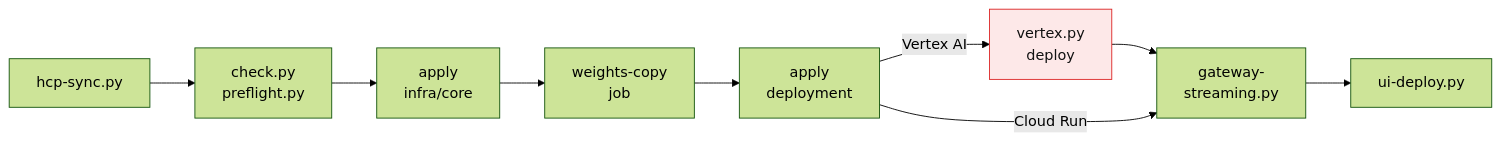
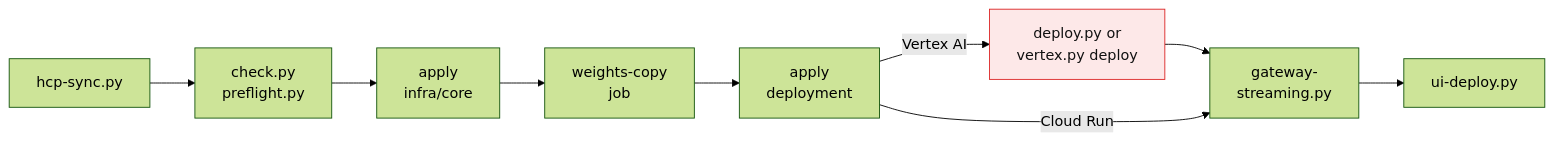
The diagram in docs/scripts.md (koval-yurko/custom-models-inference), drawn with Mermaid (forest theme) before and after one commit. The commit also changed other lines of this file and 62 other files, not shown here.

````diff
--- a/docs/scripts.md
+++ b/docs/scripts.md
@@ -20,10 +21,10 @@
 ```mermaid
 flowchart LR
     S1["hcp-sync.py"] --> S2["check.py<br/>preflight.py"] --> S3["apply<br/>infra/core"] --> W["weights-copy<br/>job"] --> A["apply<br/>deployment"]
-    A -->|"Vertex AI"| V["vertex.py<br/>deploy"] --> G["gateway-<br/>streaming.py"]
+    A -->|"Vertex AI"| V["deploy.py or<br/>vertex.py deploy"] --> G["gateway-<br/>streaming.py"]
     A -->|"Cloud Run"| G
     G --> U["ui-deploy.py"]
 
     classDef cost fill:#fde8e8,stroke:#dc2626,color:#111
     class V cost
 ```
````
